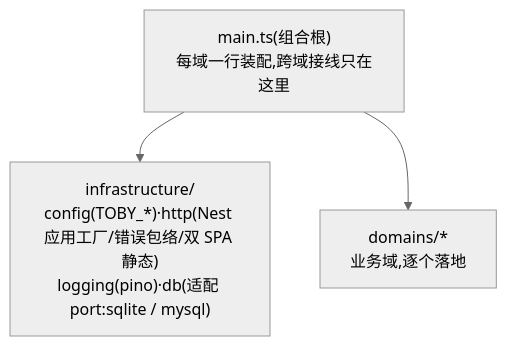
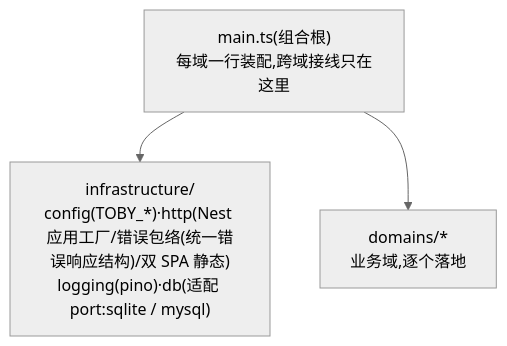
One commit to dengyusys/toby changed the third of 3 diagrams in docs/system-overview.zh.md. Above: the diagram before and after it, drawn with Mermaid (neutral theme). The commit also changed other lines of this file and 12 other files, not shown here.

````diff
--- a/docs/system-overview.zh.md
+++ b/docs/system-overview.zh.md
@@ -114,8 +114,8 @@
 ```mermaid
 flowchart TB
     BOOT["main.ts(组合根)<br/>每域一行装配,跨域接线只在这里"]
-    INFRA["infrastructure/<br/>config(TOBY_*)·http(Nest 应用工厂/错误包络/双 SPA 静态)<br/>logging(pino)·db(适配 port:sqlite / mysql)"]
+    INFRA["infrastructure/<br/>config(TOBY_*)·http(Nest 应用工厂/错误包络(统一错误响应结构)/双 SPA 静态)<br/>logging(pino)·db(适配 port:sqlite / mysql)"]
     DOM["domains/*<br/>业务域,逐个落地"]
     BOOT --> INFRA
     BOOT --> DOM
 ```
````
